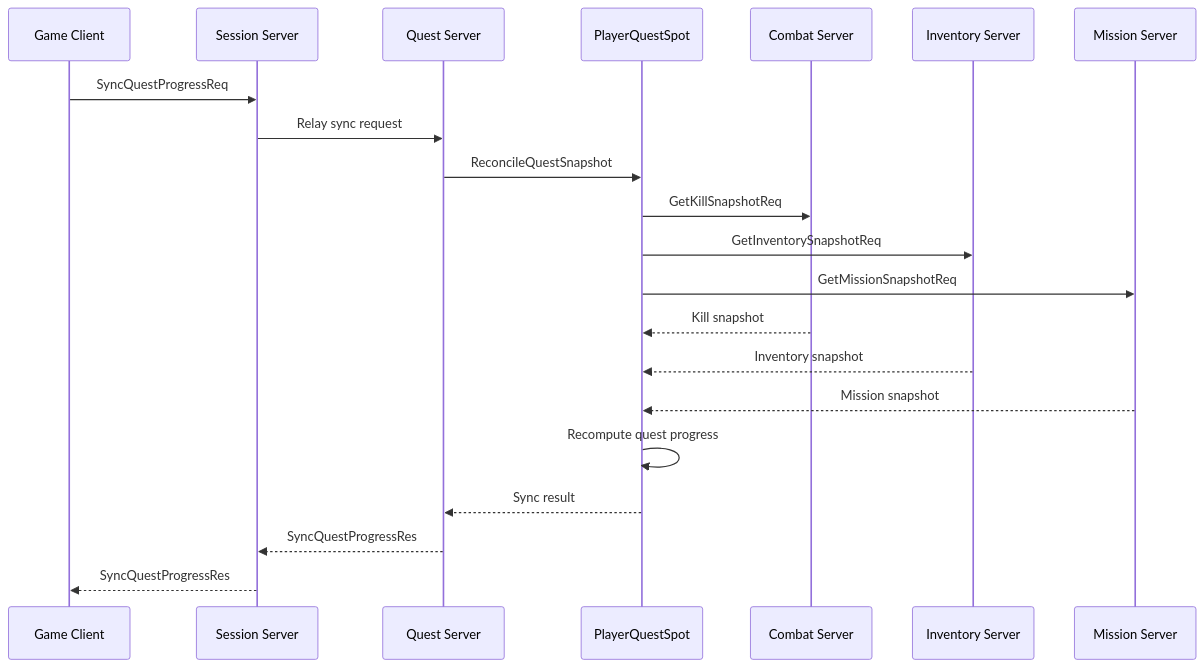
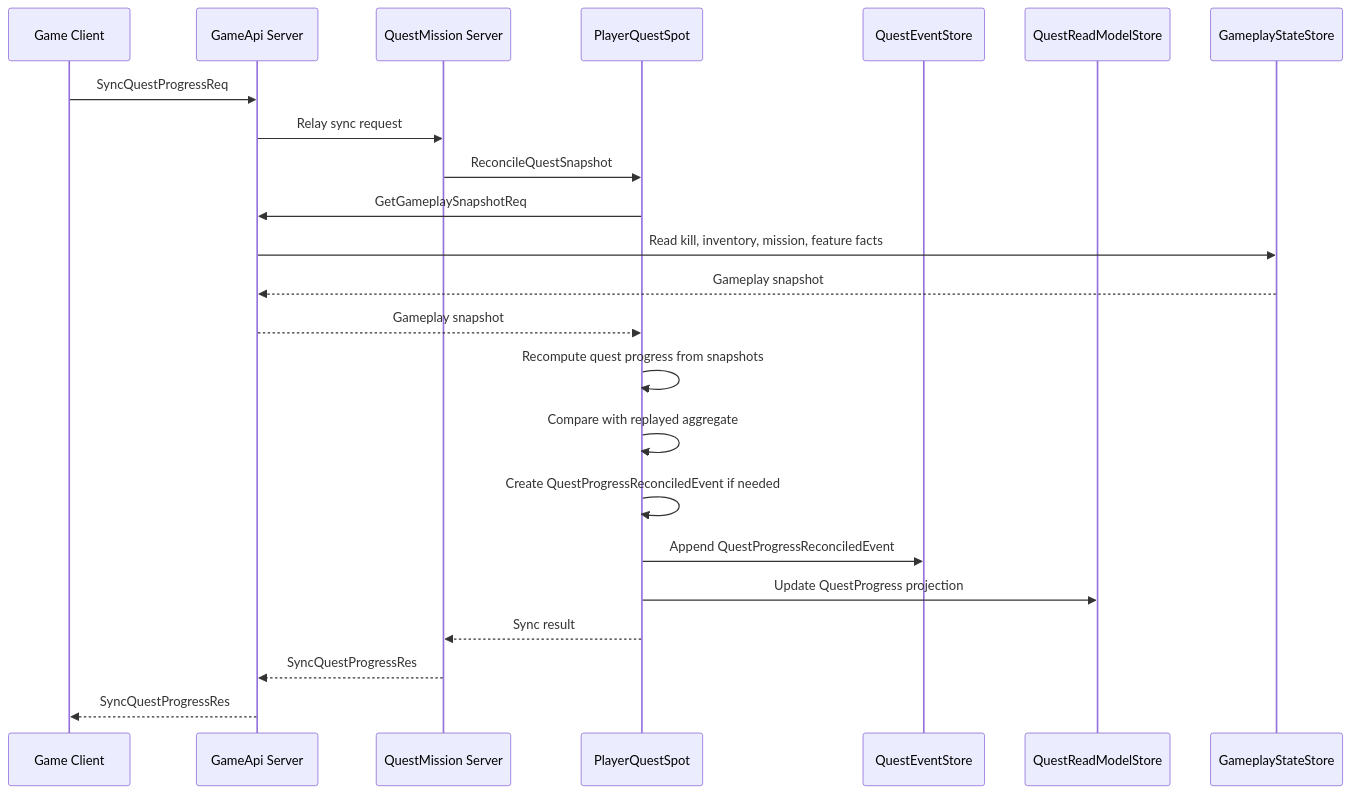
One commit to kairos-code-dev/zlink changed the fourth of 4 diagrams in framework/doc/spec/sample/event/gamequest.ko.md. Above: the diagram before and after it, drawn with Mermaid. The commit also changed other lines of this file and 267 other files, not shown here.

````diff
--- a/framework/doc/spec/sample/event/gamequest.ko.md
+++ b/framework/doc/spec/sample/event/gamequest.ko.md
@@ -258,24 +692,26 @@
 ```mermaid
 sequenceDiagram
     participant C as Game Client
-    participant S as Session Server
-    participant Q as Quest Server
+    participant API as GameApi Server
+    participant Q as QuestMission Server
     participant P as PlayerQuestSpot
-    participant COM as Combat Server
-    participant INV as Inventory Server
-    participant MIS as Mission Server
+    participant ES as QuestEventStore
+    participant RS as QuestReadModelStore
+    participant GS as GameplayStateStore
 
-    C->>S: SyncQuestProgressReq
-    S->>Q: Relay sync request
+    C->>API: SyncQuestProgressReq
+    API->>Q: Relay sync request
     Q->>P: ReconcileQuestSnapshot
-    P->>COM: GetKillSnapshotReq
-    P->>INV: GetInventorySnapshotReq
-    P->>MIS: GetMissionSnapshotReq
-    COM-->>P: Kill snapshot
-    INV-->>P: Inventory snapshot
-    MIS-->>P: Mission snapshot
-    P->>P: Recompute quest progress
+    P->>API: GetGameplaySnapshotReq
+    API->>GS: Read kill, inventory, mission, feature facts
+    GS-->>API: Gameplay snapshot
+    API-->>P: Gameplay snapshot
+    P->>P: Recompute quest progress from snapshots
+    P->>P: Compare with replayed aggregate
+    P->>P: Create QuestProgressReconciledEvent if needed
+    P->>ES: Append QuestProgressReconciledEvent
+    P->>RS: Update QuestProgress projection
     P-->>Q: Sync result
-    Q-->>S: SyncQuestProgressRes
-    S-->>C: SyncQuestProgressRes
+    Q-->>API: SyncQuestProgressRes
+    API-->>C: SyncQuestProgressRes
 ```
````
